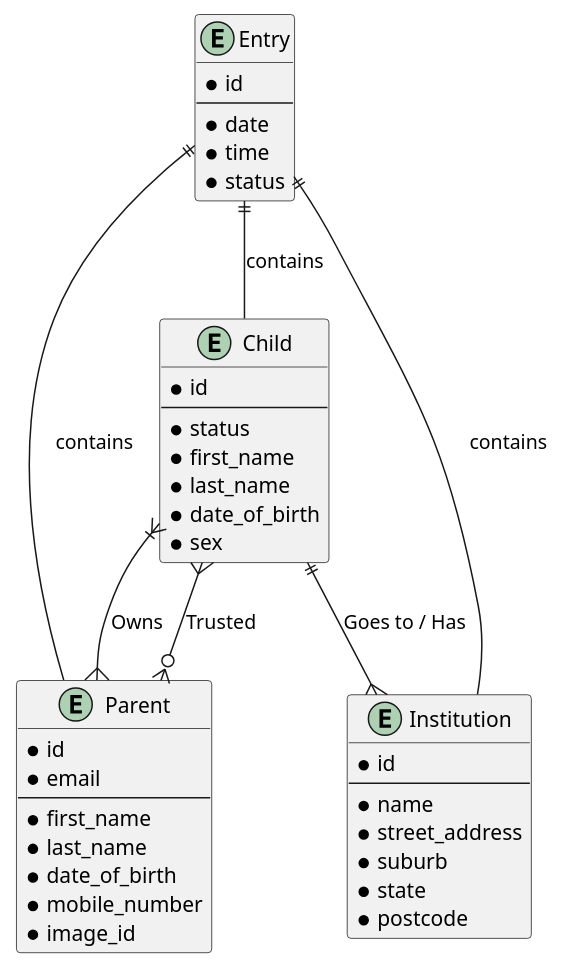
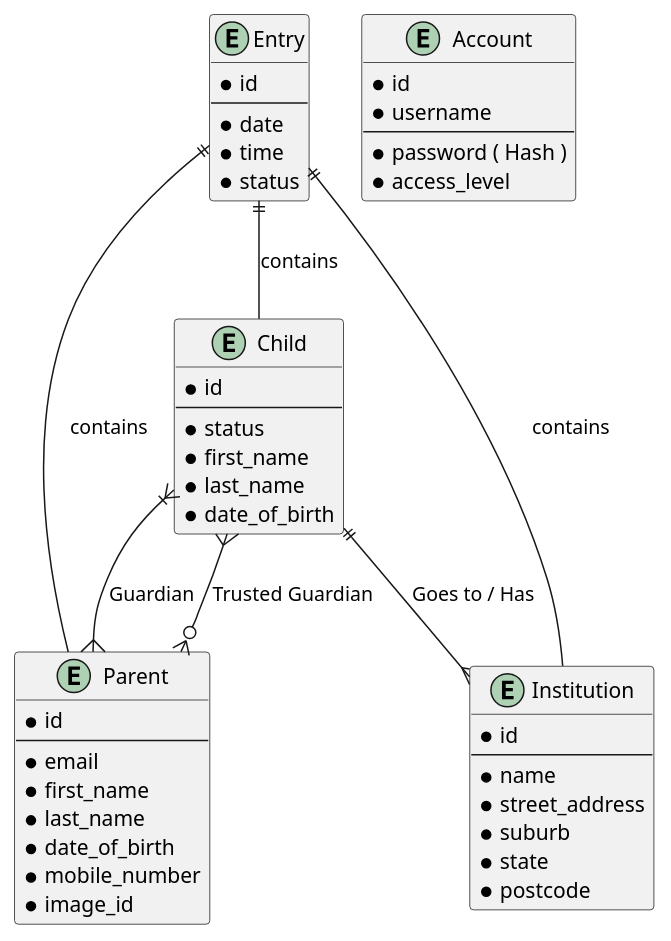
One commit to jdcaperon/AuthOut changed the diagram in server/docs/er.plantuml. Above: the diagram before and after it, drawn with PlantUML. The commit also changed 1 other file, not shown here.

```diff
--- a/server/docs/er.plantuml
+++ b/server/docs/er.plantuml
@@ -1,56 +1,63 @@
 @startuml
 
 entity Child {
   * id
   --
   * status
   * first_name
   * last_name
   * date_of_birth
-  * sex
 }
 
 entity Parent {
   * id
+  --
   * email
-  --
   * first_name
   * last_name
   * date_of_birth
   * mobile_number
   * image_id
 }
 
 entity Institution {
   * id
   --
   * name
   * street_address
   * suburb
   * state 
   * postcode
 }
 
 entity Entry {
   * id
   --
   * date
   * time
   * status
 }
 
+entity Account {
+  * id
+  * username
+  --
+  * password ( Hash )
+  * access_level
+}
+
 ' Child can have 1 or more parents
 ' Parent can have multiple children
-Child }|--{ Parent : Owns
-Parent }o--{ Child : Trusted
+Child }|--{ Parent : Guardian
+Parent }o--{ Child : Trusted Guardian
 Child ||--{ Institution : Goes to / Has
 
 ' Parent can share their children with other people
 'Parent }o--o{ Parent : Trusts
 
 ' Entry has exactly 1 Parent and 1 Child
 Entry ||-- Institution : contains
 Entry ||-- Parent : contains
 Entry ||-- Child  : contains
 
 @enduml
```
